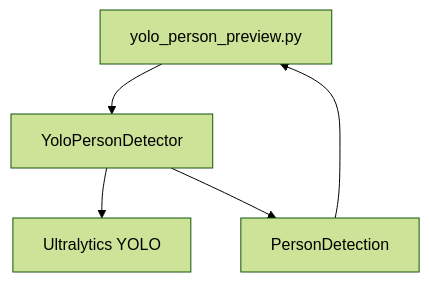
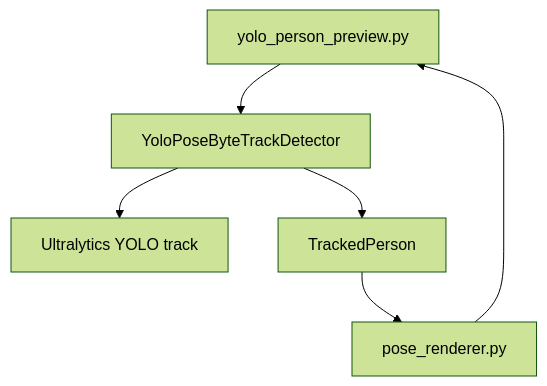
Before and after one commit to torrescristian/vision: the second of 3 diagrams in docs/c4/c3_componentes.md, drawn with Mermaid (forest theme). The commit also changed other lines of this file and 27 other files, not shown here.

Commit message:
feat: using yolo pose

````diff
--- a/docs/c4/c3_componentes.md
+++ b/docs/c4/c3_componentes.md
@@ -33,12 +33,14 @@
 ```mermaid
 flowchart TB
     preview[yolo_person_preview.py]
-    detector[YoloPersonDetector]
-    yolo[Ultralytics YOLO]
-    person[PersonDetection]
+    detector[YoloPoseByteTrackDetector]
+    yolo[Ultralytics YOLO track]
+    tracked[TrackedPerson]
+    render[pose_renderer.py]
 
     preview --> detector
     detector --> yolo
-    detector --> person
-    person --> preview
+    detector --> tracked
+    tracked --> render
+    render --> preview
 ```
````
